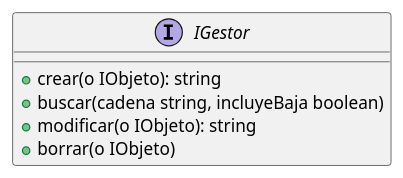
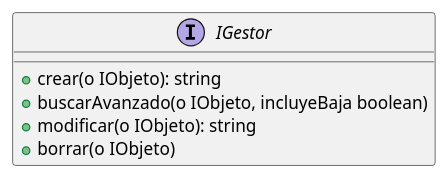
Before and after one commit to ZMGestion/DocumentacionZMGestion: the diagram in DiagramaClases/Metaclases/IGestor.puml, drawn with PlantUML. The commit also changed 19 other files, not shown here.

Commit message:
Nuevo DiagramasDeSecuencia

```diff
--- a/DiagramaClases/Metaclases/IGestor.puml
+++ b/DiagramaClases/Metaclases/IGestor.puml
@@ -1,8 +1,8 @@
 @startuml IGestor
 interface IGestor{
     + crear(o IObjeto): string
-    + buscar(cadena string, incluyeBaja boolean)
+    + buscarAvanzado(o IObjeto, incluyeBaja boolean)
     + modificar(o IObjeto): string
     + borrar(o IObjeto)
 }
 @enduml
```
